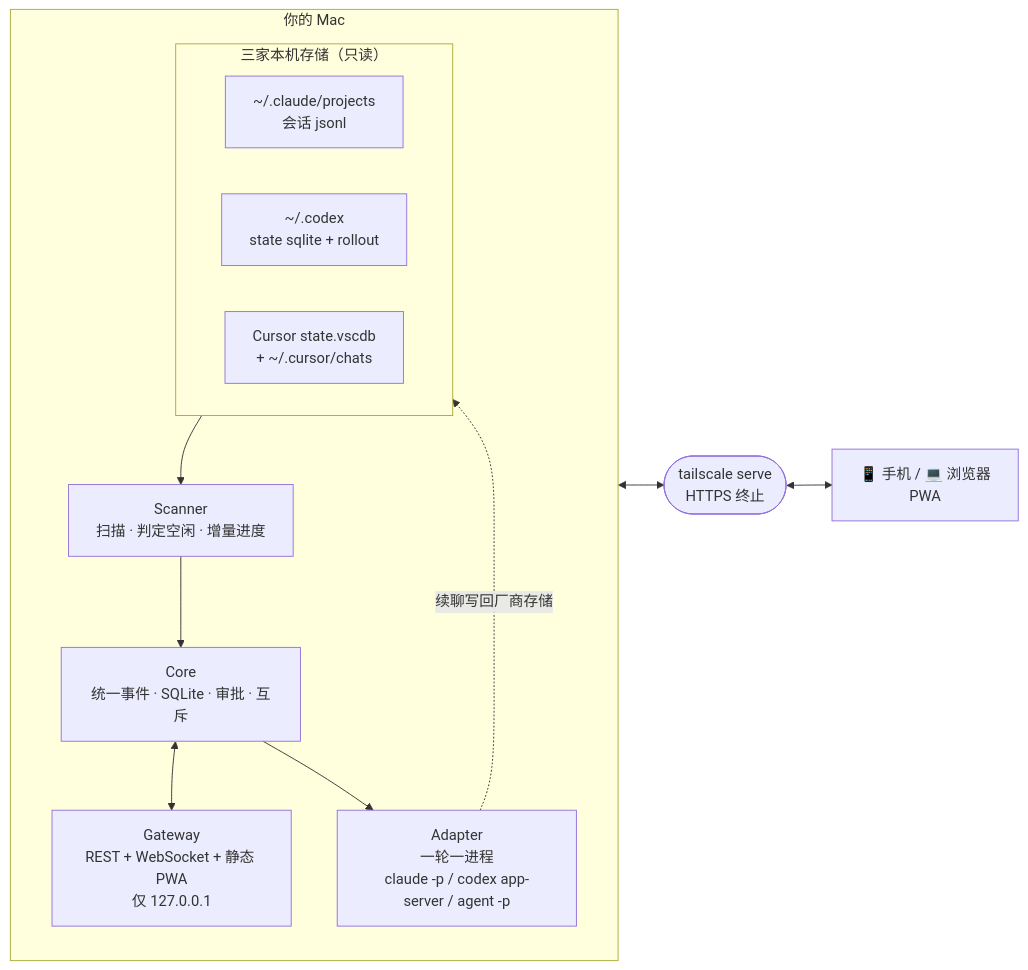
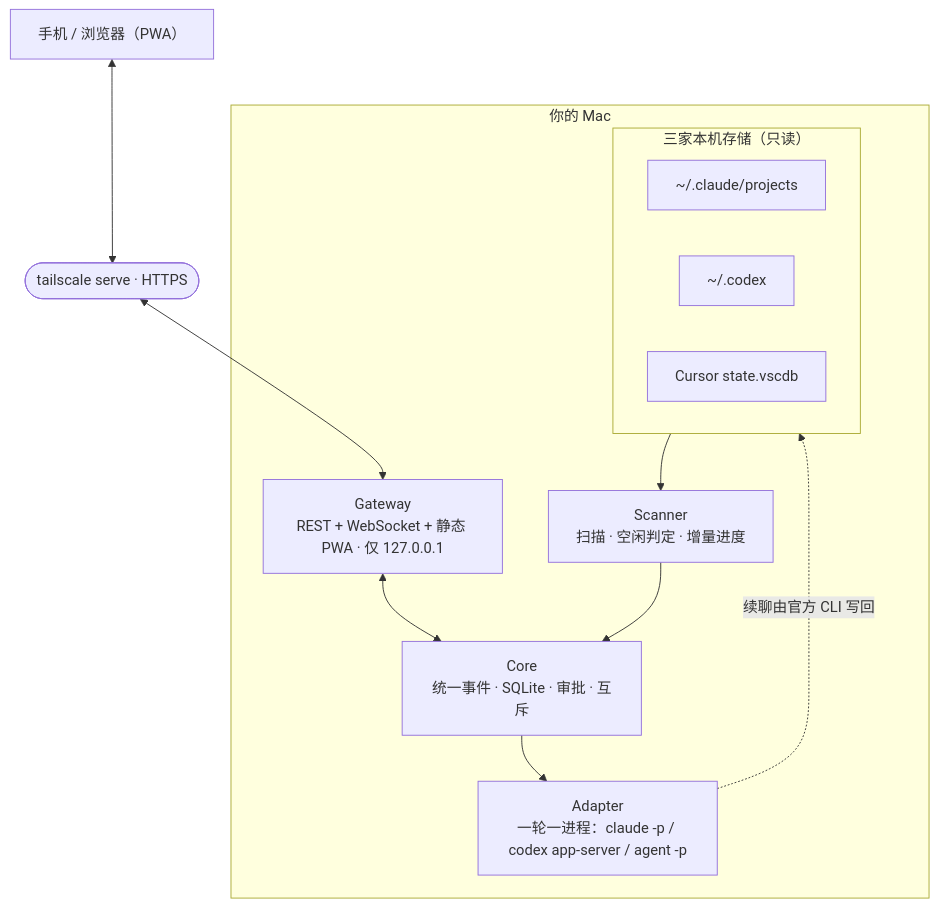
Before and after one commit to sexylowrie/agent-hub: the first of 2 diagrams in README.md, drawn with Mermaid. The commit also changed other lines of this file and 2 other files, not shown here.

Commit message:
开源准备：CLAUDE.md 补全并新增安全规范；README 更新架构图与许可证；新增 MIT LICENSE
- CLAUDE.md（AGENTS.md 软链）：去掉本机专属信息，补 PWA / 常驻 / 脱敏命令；新增安全规范
  （权限与执行边界、网络与鉴权、密钥、录制与截图脱敏、前端、推送、依赖、AI 协作者操作边界）
- README：架构图改为纵向、去掉 mermaid 里无法显示的表情；克隆地址；MIT 徽章与许可证段落

````diff
--- a/README.md
+++ b/README.md
@@ -71,22 +72,23 @@
 ```mermaid
-flowchart LR
+flowchart TB
+  Phone["手机 / 浏览器（PWA）"]
+  TS(["tailscale serve · HTTPS"])
   subgraph Mac["你的 Mac"]
-    direction TB
+    Gateway["Gateway<br/>REST + WebSocket + 静态 PWA · 仅 127.0.0.1"]
+    Core["Core<br/>统一事件 · SQLite · 审批 · 互斥"]
+    Scanner["Scanner<br/>扫描 · 空闲判定 · 增量进度"]
+    Adapter["Adapter<br/>一轮一进程：claude -p / codex app-server / agent -p"]
     subgraph Vendors["三家本机存储（只读）"]
-      C1["~/.claude/projects<br/>会话 jsonl"]
-      C2["~/.codex<br/>state sqlite + rollout"]
-      C3["Cursor state.vscdb<br/>+ ~/.cursor/chats"]
+      direction LR
+      C1["~/.claude/projects"]
+      C2["~/.codex"]
+      C3["Cursor state.vscdb"]
     end
-    Scanner["Scanner<br/>扫描 · 判定空闲 · 增量进度"]
-    Core["Core<br/>统一事件 · SQLite · 审批 · 互斥"]
-    Gateway["Gateway<br/>REST + WebSocket + 静态 PWA<br/>仅 127.0.0.1"]
-    Adapter["Adapter<br/>一轮一进程<br/>claude -p / codex app-server / agent -p"]
-    Vendors --> Scanner --> Core
-    Core <--> Gateway
+    Gateway <--> Core
     Core --> Adapter
-    Adapter -. 续聊写回厂商存储 .-> Vendors
+    Scanner --> Core
+    Vendors --> Scanner
+    Adapter -. 续聊由官方 CLI 写回 .-> Vendors
   end
-  TS(["tailscale serve<br/>HTTPS 终止"])
-  Phone["📱 手机 / 💻 浏览器<br/>PWA"]
-  Gateway <--> TS <--> Phone
+  Phone <--> TS <--> Gateway
 ```
````
